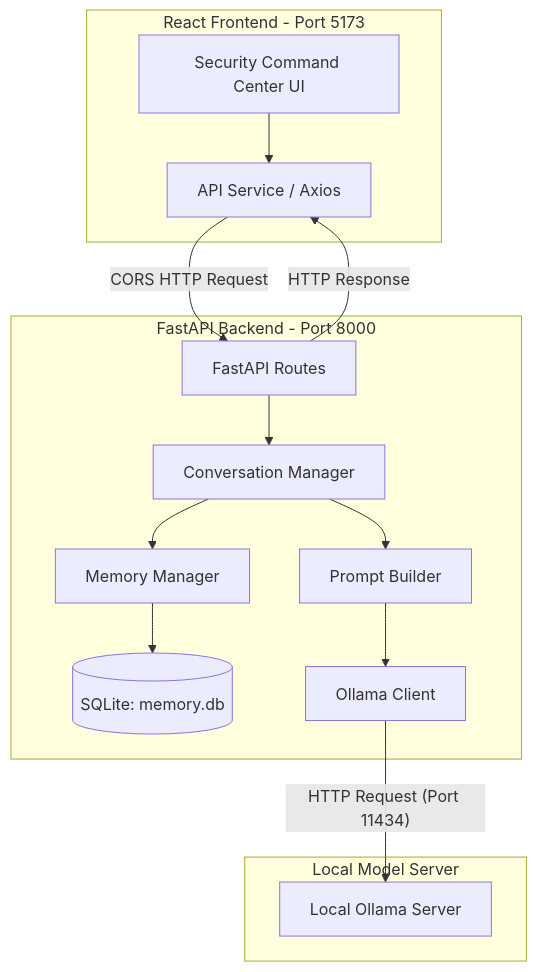
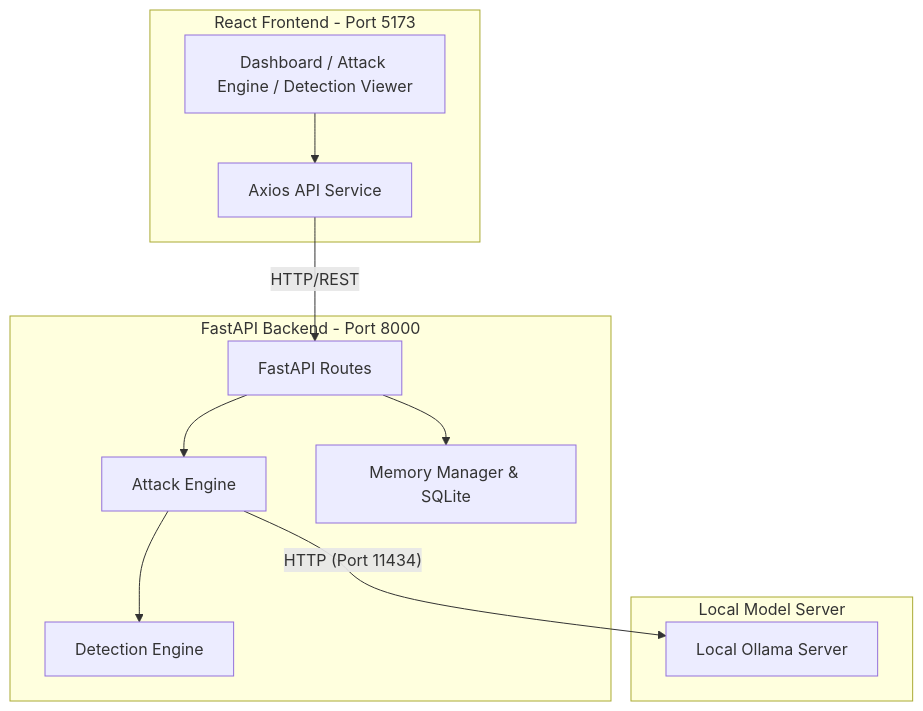
The diagram in README.md (Abdul-dev909/AI-Security-), drawn with Mermaid before and after one commit. The commit also changed other lines of this file, not shown here.

First line of the commit message:
Revise README for AI Security Testing Platform

````diff
--- a/README.md
+++ b/README.md
@@ -13,31 +31,26 @@
 ```mermaid
 flowchart TD
     subgraph Frontend [React Frontend - Port 5173]
-        UI[Security Command Center UI]
-        API_SVC[API Service / Axios]
+        UI[Dashboard / Attack Engine / Detection Viewer]
+        API_SVC[Axios API Service]
         UI --> API_SVC
     end
 
     subgraph Backend [FastAPI Backend - Port 8000]
         ROUTE[FastAPI Routes]
-        CONV[Conversation Manager]
-        PMT[Prompt Builder]
-        MEM[Memory Manager]
-        DB[(SQLite: memory.db)]
-        OLLAMA_CL[Ollama Client]
-        
-        ROUTE --> CONV
-        CONV --> PMT
-        CONV --> MEM
-        MEM --> DB
-        PMT --> OLLAMA_CL
+        ATTACK[Attack Engine]
+        DETECT[Detection Engine]
+        MEM[Memory Manager & SQLite]
+
+        ROUTE --> ATTACK
+        ATTACK --> DETECT
+        ROUTE --> MEM
     end
 
     subgraph LLM [Local Model Server]
         OLLAMA[Local Ollama Server]
     end
 
-    API_SVC -- CORS HTTP Request --> ROUTE
-    OLLAMA_CL -- HTTP Request (Port 11434) --> OLLAMA
-    ROUTE -- HTTP Response --> API_SVC
+    API_SVC -- HTTP/REST --> ROUTE
+    ATTACK -- HTTP (Port 11434) --> OLLAMA
 ```
````
